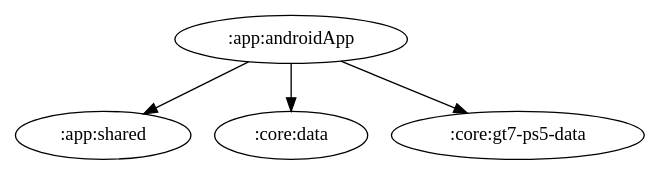
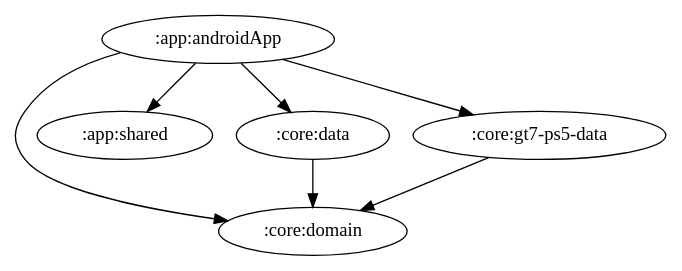
Before and after one commit to ai-kurou/KoDriver: the diagram in docs/graphs/app-androidApp.gv, drawn with Graphviz. The commit also changed 9 other files, not shown here.

Commit message:
chore: update module graph images

```diff
--- a/docs/graphs/app-androidApp.gv
+++ b/docs/graphs/app-androidApp.gv
@@ -1,6 +1,9 @@
 digraph G {
   rankdir=TB
+  ":app:androidApp" -> ":core:domain"
   ":app:androidApp" -> ":app:shared"
   ":app:androidApp" -> ":core:data"
   ":app:androidApp" -> ":core:gt7-ps5-data"
+  ":core:data" -> ":core:domain"
+  ":core:gt7-ps5-data" -> ":core:domain"
 }
```
